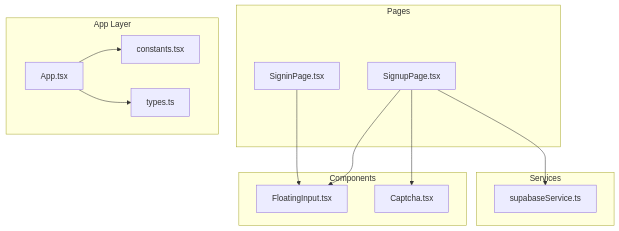
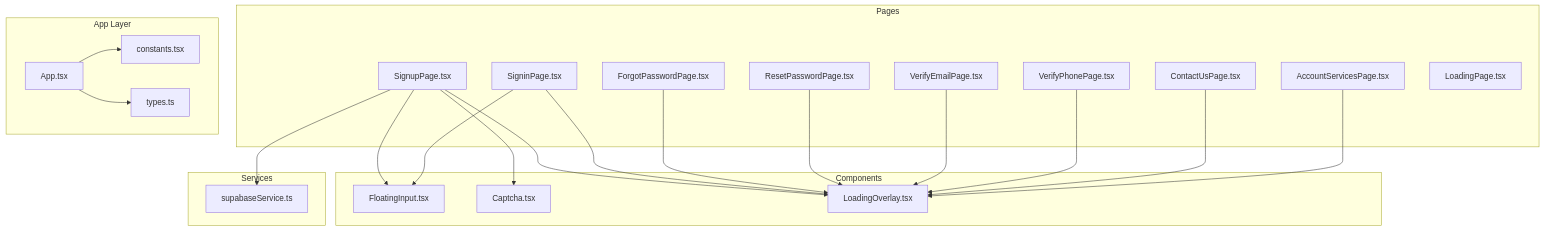
The first of 7 diagrams in .qoder/repowiki/en/content/UI Component Library/UI Component Library.md (zpria/ACCOUND-ZPRIA), drawn with Mermaid before and after one commit. The commit also changed other lines of this file and 12 other files, not shown here.

````diff
--- a/.qoder/repowiki/en/content/UI Component Library/UI Component Library.md
+++ b/.qoder/repowiki/en/content/UI Component Library/UI Component Library.md
@@ -34,25 +50,41 @@
 ```mermaid
 graph TB
 subgraph "Components"
 FI["FloatingInput.tsx"]
 CA["Captcha.tsx"]
+LO["LoadingOverlay.tsx"]
 end
 subgraph "Pages"
 SP["SignupPage.tsx"]
 SI["SigninPage.tsx"]
+FP["ForgotPasswordPage.tsx"]
+RP["ResetPasswordPage.tsx"]
+VE["VerifyEmailPage.tsx"]
+VP["VerifyPhonePage.tsx"]
+CU["ContactUsPage.tsx"]
+AS["AccountServicesPage.tsx"]
+LP["LoadingPage.tsx"]
 end
 subgraph "App Layer"
 APP["App.tsx"]
 TYPES["types.ts"]
 CONST["constants.tsx"]
 end
 subgraph "Services"
 SB["supabaseService.ts"]
 end
 SP --> FI
 SP --> CA
+SP --> LO
 SI --> FI
+SI --> LO
+FP --> LO
+RP --> LO
+VE --> LO
+VP --> LO
+CU --> LO
+AS --> LO
 APP --> CONST
 APP --> TYPES
 SP --> SB
 ```
````
